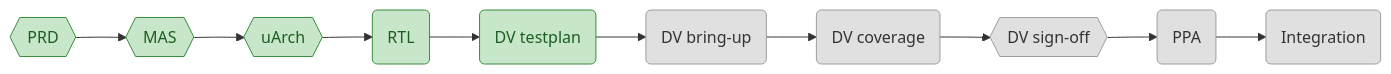
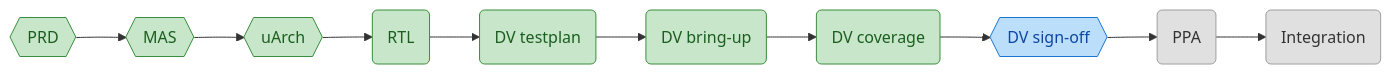
Before and after one commit to matanco64/HWSW_Project: the second of 3 diagrams in hw/PROGRESS.md, drawn with Mermaid. The commit also changed other lines of this file and 2 other files, not shown here.

First line of the commit message:
hw: grape ppa done — Fmax 11.15 MHz from post-CTS STA (50 MHz target missed, accumulate-picker path); OpenLane signoff not converged (GRT-0607 x3), §7 discussion satisfied

````diff
--- a/hw/PROGRESS.md
+++ b/hw/PROGRESS.md
@@ -35,21 +34,22 @@
 ```mermaid
 flowchart LR
     prd{{PRD}}
     mas{{MAS}}
     uarch{{uArch}}
     rtl(RTL)
     dv_testplan(DV testplan)
     dv_bringup(DV bring-up)
     dv_coverage(DV coverage)
     dv_signoff{{DV sign-off}}
     ppa(PPA)
     integration(Integration)
     prd --> mas --> uarch --> rtl --> dv_testplan --> dv_bringup --> dv_coverage --> dv_signoff --> ppa --> integration
     classDef todo fill:#e0e0e0,stroke:#9e9e9e,color:#333
     classDef in_progress fill:#bbdefb,stroke:#1976d2,color:#0d47a1
     classDef review fill:#ffe0b2,stroke:#f57c00,color:#e65100
     classDef done fill:#c8e6c9,stroke:#388e3c,color:#1b5e20
     classDef blocked fill:#ffcdd2,stroke:#d32f2f,color:#b71c1c
-    class dv_bringup,dv_coverage,dv_signoff,ppa,integration todo
-    class prd,mas,uarch,rtl,dv_testplan done
+    class ppa,integration todo
+    class dv_signoff in_progress
+    class prd,mas,uarch,rtl,dv_testplan,dv_bringup,dv_coverage done
 ```
````
